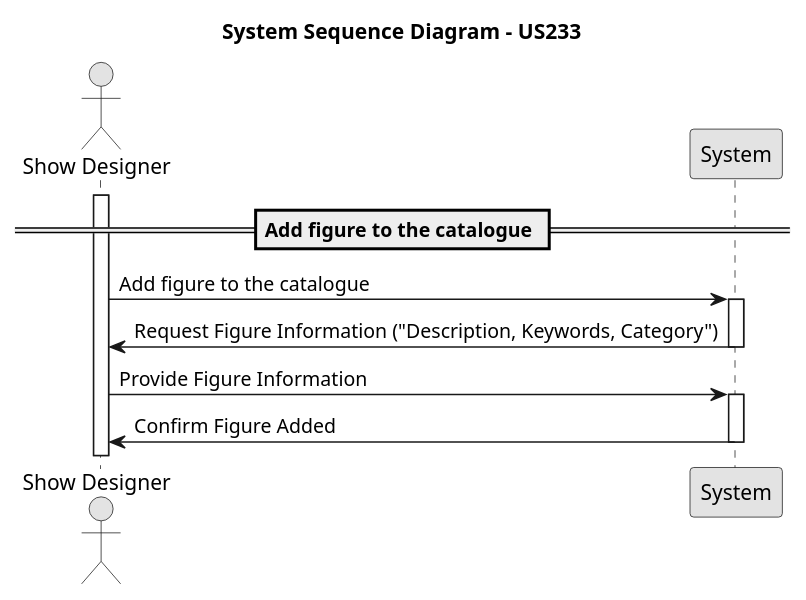
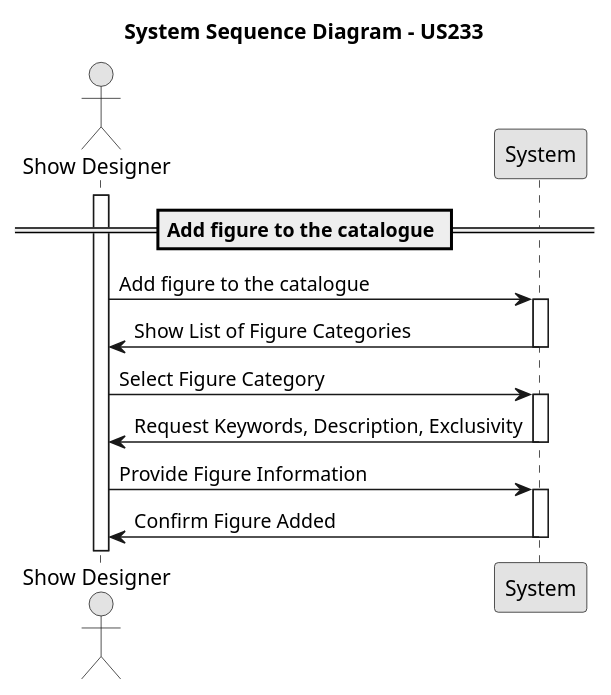
The diagram in docs/Sprint2/us_233/diagrams/system-sequence-diagram-US233.puml (rubenFreitas1/ISEP-LAPR4-2024-2025), drawn with PlantUML before and after one commit. The commit also changed 9 other files, not shown here.

```diff
--- a/docs/Sprint2/us_233/diagrams/system-sequence-diagram-US233.puml
+++ b/docs/Sprint2/us_233/diagrams/system-sequence-diagram-US233.puml
@@ -1,28 +1,36 @@
 @startuml
 skinparam monochrome true
 skinparam packageStyle rectangle
 skinparam shadowing false
 
 actor "Show Designer" as showDesigner
 participant "System" as system
 
 title System Sequence Diagram - US233
 
 == Add figure to the catalogue ==
 activate showDesigner
 
 showDesigner -> system : Add figure to the catalogue
 activate system
 
-system -> showDesigner : Request Figure Information ("Description, Keywords, Category")
+system -> showDesigner : Show List of Figure Categories
 deactivate system
+
+showDesigner -> system : Select Figure Category
+
+activate system
+
+system -> showDesigner : Request Keywords, Description, Exclusivity
+deactivate system
+
 showDesigner -> system : Provide Figure Information
 
 activate system
 
 system -> showDesigner : Confirm Figure Added
 deactivate system
 
 
 
 @enduml
```
